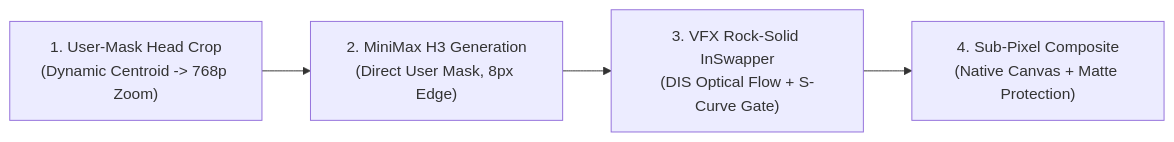
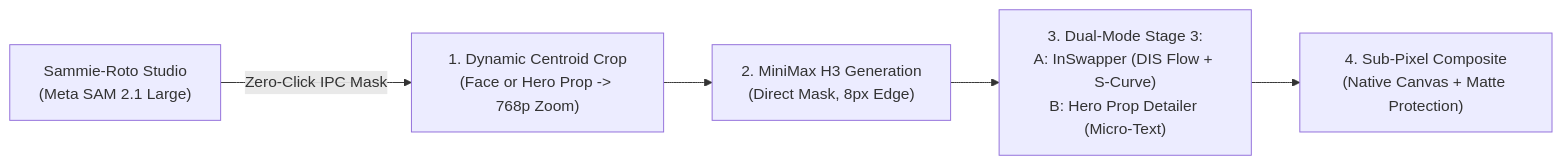
Before and after one commit to neohh/minimax-h3-faceswap-pipeline: the diagram in README.md, drawn with Mermaid. The commit also changed other lines of this file and 7 other files, not shown here.

Commit message:
feat: release v2.5.0 - Universal Hero Props & Zero-Click Sammie-Roto Studio Bridge

````diff
--- a/README.md
+++ b/README.md
@@ -50,6 +66,7 @@
 ```mermaid
 flowchart LR
-    A["1. User-Mask Head Crop<br/>(Dynamic Centroid -> 768p Zoom)"] --> B["2. MiniMax H3 Generation<br/>(Direct User Mask, 8px Edge)"]
-    B --> C["3. VFX Rock-Solid InSwapper<br/>(DIS Optical Flow + S-Curve Gate)"]
+    Roto["Sammie-Roto Studio<br/>(Meta SAM 2.1 Large)"] -->|Zero-Click IPC Mask| A["1. Dynamic Centroid Crop<br/>(Face or Hero Prop -> 768p Zoom)"]
+    A --> B["2. MiniMax H3 Generation<br/>(Direct Mask, 8px Edge)"]
+    B --> C["3. Dual-Mode Stage 3:<br/>A: InSwapper (DIS Flow + S-Curve)<br/>B: Hero Prop Detailer (Micro-Text)"]
     C --> D["4. Sub-Pixel Composite<br/>(Native Canvas + Matte Protection)"]
 ```
````
